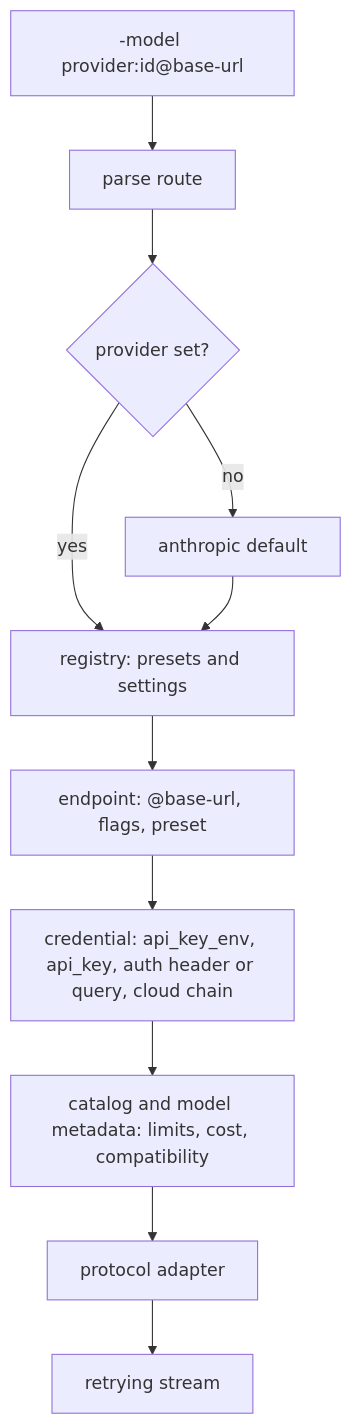
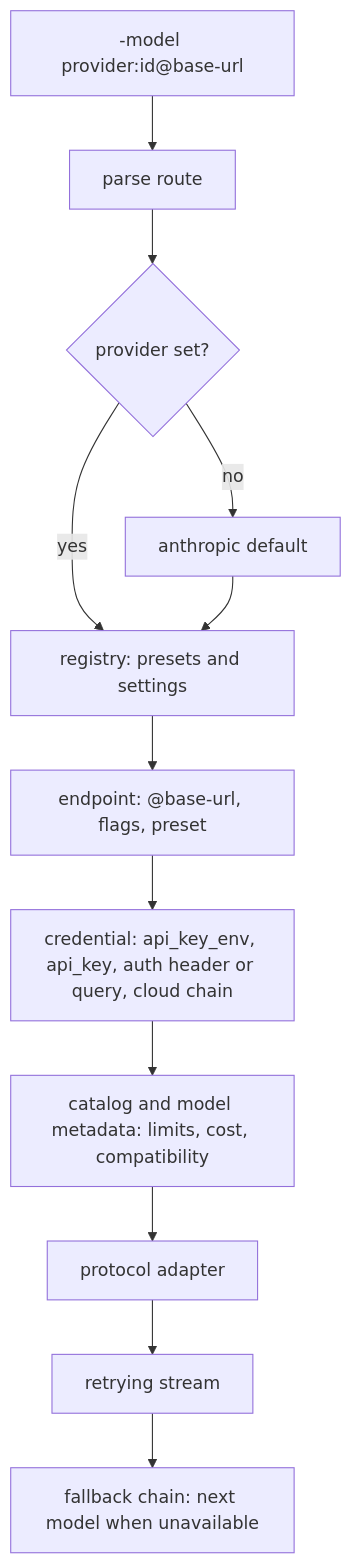
Before and after one commit to parthshr370/tempest: the diagram in guide/providers.md, drawn with Mermaid. The commit also changed other lines of this file and 53 other files, not shown here.

````diff
--- a/guide/providers.md
+++ b/guide/providers.md
@@ -57,13 +57,14 @@
 ```mermaid
 flowchart TD
   M["-model provider:id@base-url"] --> P["parse route"]
   P --> D{"provider set?"}
   D -->|no| A["anthropic default"]
   D -->|yes| R["registry: presets and settings"]
   A --> R
   R --> E["endpoint: @base-url, flags, preset"]
   E --> C["credential: api_key_env, api_key, auth header or query, cloud chain"]
   C --> K["catalog and model metadata: limits, cost, compatibility"]
   K --> X["protocol adapter"]
   X --> S["retrying stream"]
+  S --> F["fallback chain: next model when unavailable"]
 ```
````
